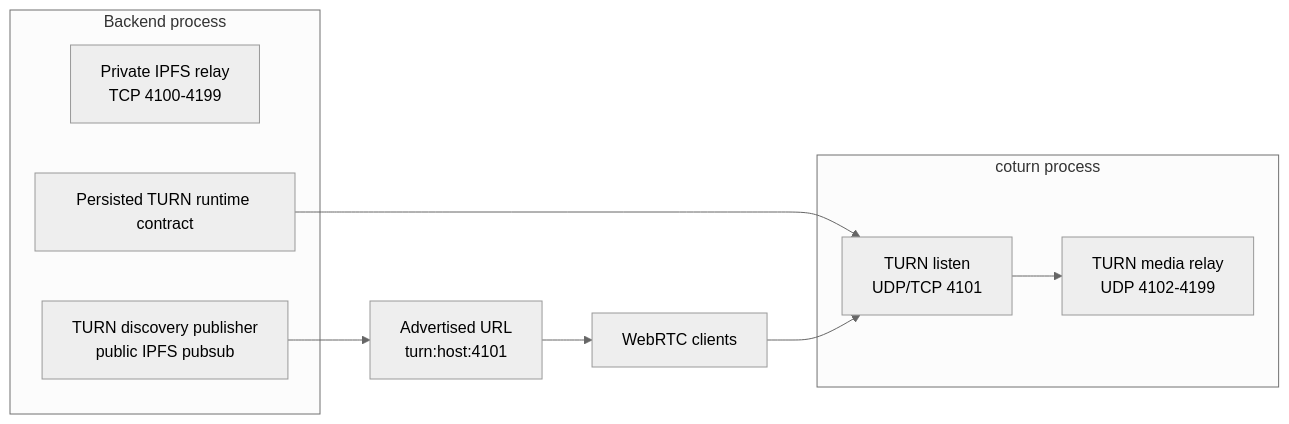
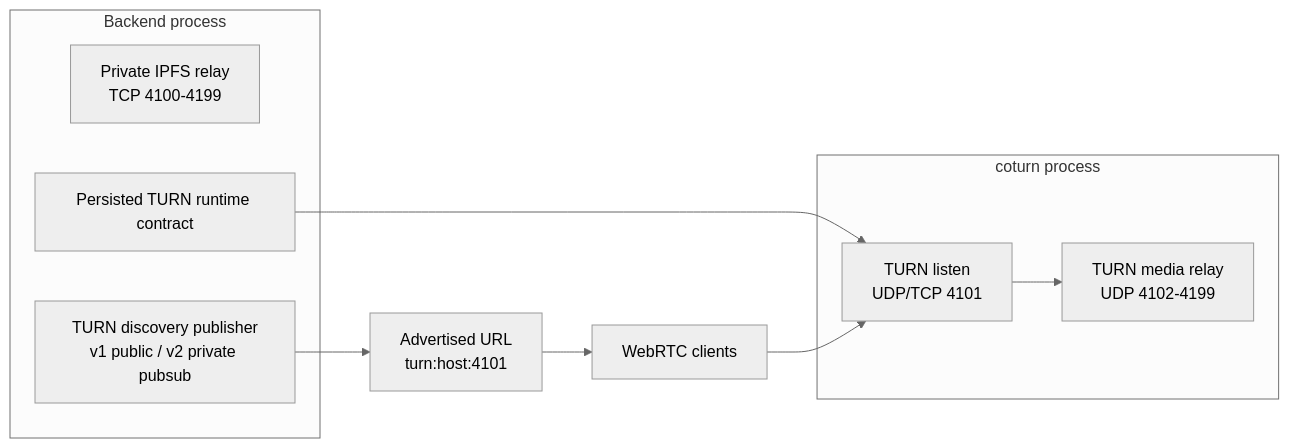
The fourth of 5 diagrams in docs/calls-turn-relay-discovery.md (haskou/pigeon-swarm-node), drawn with Mermaid (neutral theme) before and after one commit. The commit also changed other lines of this file and 24 other files, not shown here.

First line of the commit message:
feat(calls): ✨ Obtain TURN credentials from private relay owners (#306)

````diff
--- a/docs/calls-turn-relay-discovery.md
+++ b/docs/calls-turn-relay-discovery.md
@@ -309,19 +359,19 @@
 ```mermaid
 flowchart LR
     subgraph Backend["Backend process"]
         IPFSRelay["Private IPFS relay<br/>TCP 4100-4199"]
         RuntimeConfig["Persisted TURN runtime contract"]
-        Discovery["TURN discovery publisher<br/>public IPFS pubsub"]
+        Discovery["TURN discovery publisher<br/>v1 public / v2 private pubsub"]
     end
 
     subgraph Coturn["coturn process"]
         TurnListen["TURN listen<br/>UDP/TCP 4101"]
         TurnMedia["TURN media relay<br/>UDP 4102-4199"]
     end
 
     RuntimeConfig --> TurnListen
     Discovery --> TurnRecord["Advertised URL<br/>turn:host:4101"]
     TurnRecord --> Clients["WebRTC clients"]
     Clients --> TurnListen
     TurnListen --> TurnMedia
 ```
````
